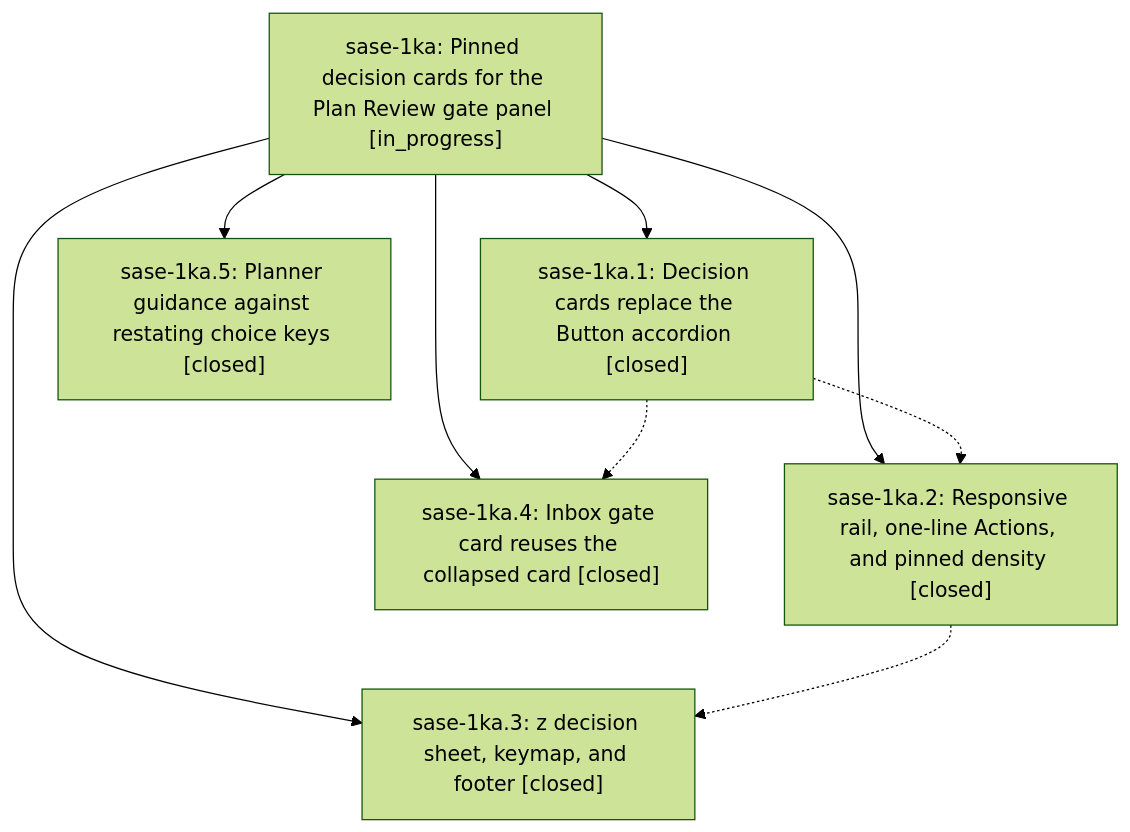
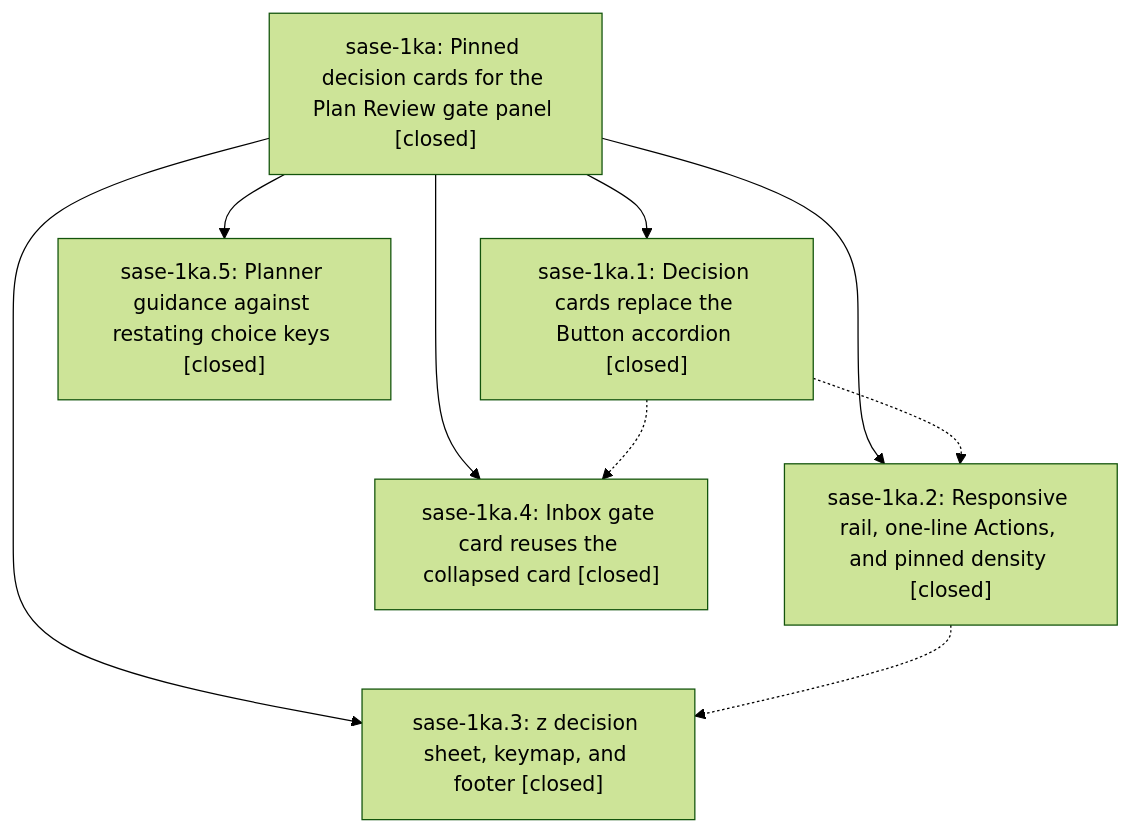
The diagram in pages/sase-1ka/README.md (sase-org/sase--beads), drawn with Mermaid (forest theme) before and after one commit. The commit also changed other lines of this file and 1 other file, not shown here.

First line of the commit message:
chore(beads): sync bead state and pages for sase-1ka

````diff
--- a/pages/sase-1ka/README.md
+++ b/pages/sase-1ka/README.md
@@ -40,17 +46,17 @@
 ```mermaid
 flowchart TD
-    n0["sase-1ka: Pinned decision cards for the Plan Review gate panel [in_progress]"]
+    n0["sase-1ka: Pinned decision cards for the Plan Review gate panel [closed]"]
     n1["sase-1ka.1: Decision cards replace the Button accordion [closed]"]
     n2["sase-1ka.2: Responsive rail, one-line Actions, and pinned density [closed]"]
     n3["sase-1ka.3: z decision sheet, keymap, and footer [closed]"]
     n4["sase-1ka.4: Inbox gate card reuses the collapsed card [closed]"]
     n5["sase-1ka.5: Planner guidance against restating choice keys [closed]"]
     n0 --> n1
     n0 --> n2
     n0 --> n3
     n0 --> n4
     n0 --> n5
     n1 -.-> n2
     n1 -.-> n4
     n2 -.-> n3
 ```
````
